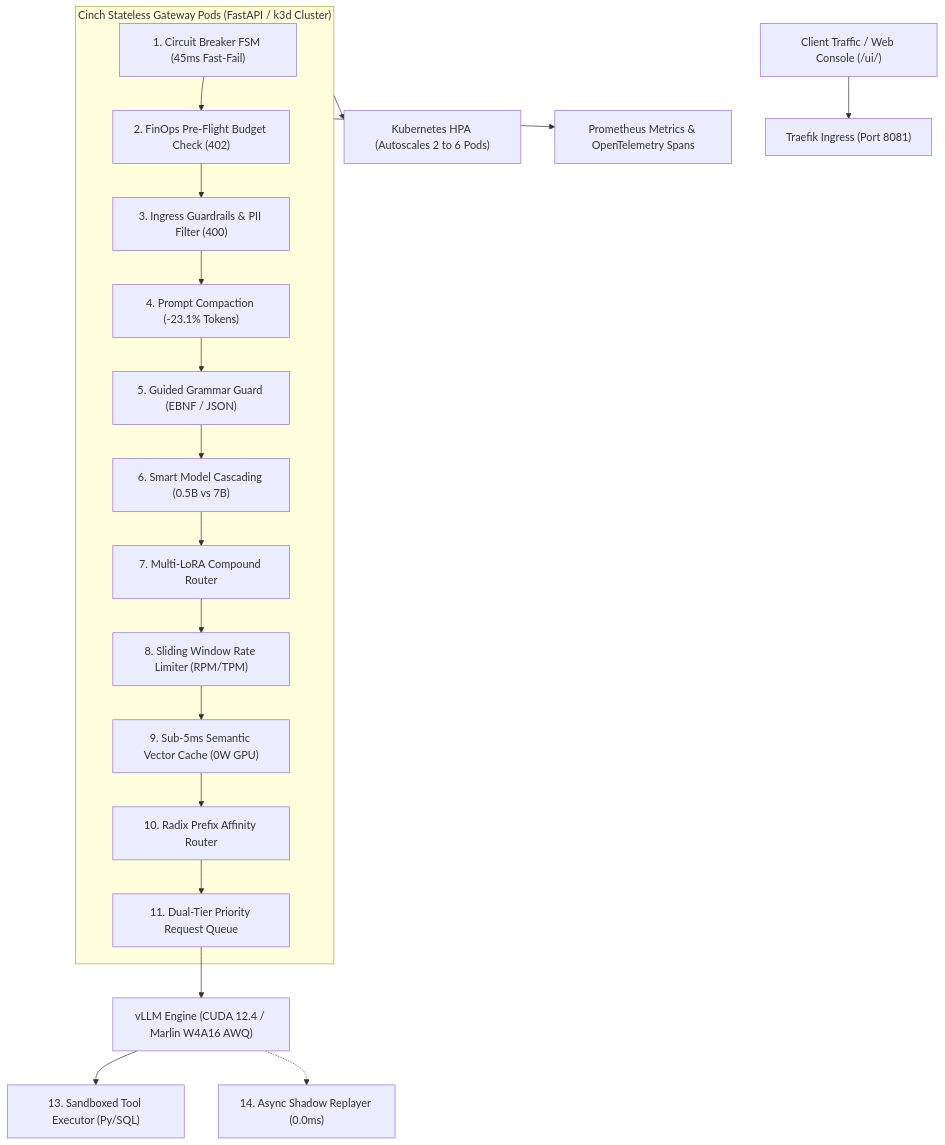
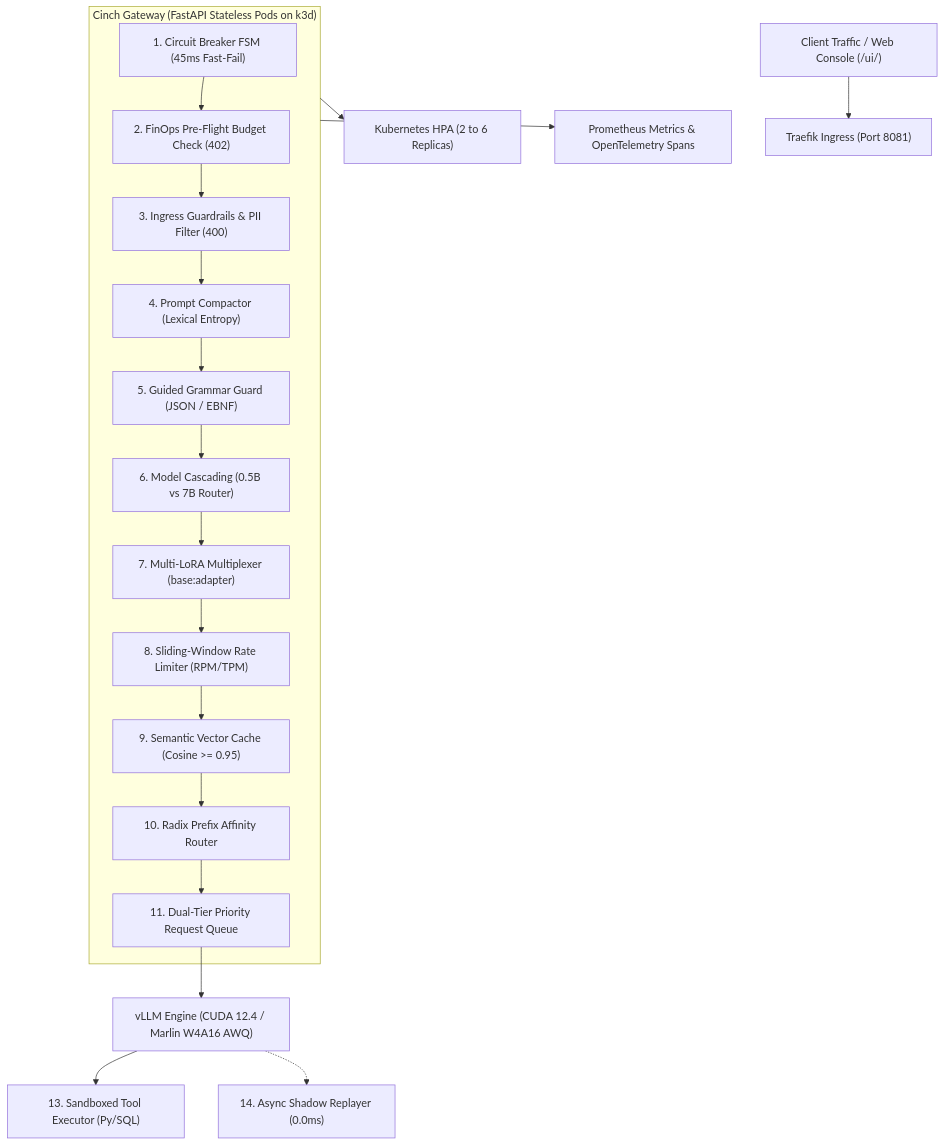
One commit to Rytnix786/Cinch changed the diagram in README.md. Above: the diagram before and after it, drawn with Mermaid. The commit also changed other lines of this file and 4 other files, not shown here.

````diff
--- a/README.md
+++ b/README.md
@@ -65,24 +66,24 @@
 ```mermaid
 flowchart TD
-    Client["Client Traffic / Web Console (/ui/)"] --> Traefik["Traefik Ingress (Port 8081)"]
+    Client["Client Traffic / Web Console (/ui/)"] --> Ingress["Traefik Ingress (Port 8081)"]
     
-    subgraph Gateway["Cinch Stateless Gateway Pods (FastAPI / k3d Cluster)"]
+    subgraph Gateway["Cinch Gateway (FastAPI Stateless Pods on k3d)"]
         CB["1. Circuit Breaker FSM (45ms Fast-Fail)"] --> FinOps["2. FinOps Pre-Flight Budget Check (402)"]
         FinOps --> Sec["3. Ingress Guardrails & PII Filter (400)"]
-        Sec --> Comp["4. Prompt Compaction (-23.1% Tokens)"]
-        Comp --> Gram["5. Guided Grammar Guard (EBNF / JSON)"]
-        Gram --> Casc["6. Smart Model Cascading (0.5B vs 7B)"]
-        Casc --> LoRA["7. Multi-LoRA Compound Router"]
-        LoRA --> Limiter["8. Sliding Window Rate Limiter (RPM/TPM)"]
-        Limiter --> SCache["9. Sub-5ms Semantic Vector Cache (0W GPU)"]
+        Sec --> Comp["4. Prompt Compactor (Lexical Entropy)"]
+        Comp --> Gram["5. Guided Grammar Guard (JSON / EBNF)"]
+        Gram --> Casc["6. Model Cascading (0.5B vs 7B Router)"]
+        Casc --> LoRA["7. Multi-LoRA Multiplexer (base:adapter)"]
+        LoRA --> Limiter["8. Sliding-Window Rate Limiter (RPM/TPM)"]
+        Limiter --> SCache["9. Semantic Vector Cache (Cosine >= 0.95)"]
         SCache --> PRouter["10. Radix Prefix Affinity Router"]
         PRouter --> PQueue["11. Dual-Tier Priority Request Queue"]
     end
     
     PQueue --> vLLM["vLLM Engine (CUDA 12.4 / Marlin W4A16 AWQ)"]
     vLLM --> Tools["13. Sandboxed Tool Executor (Py/SQL)"]
     vLLM -.-> Shadow["14. Async Shadow Replayer (0.0ms)"]
     
-    Gateway --> HPA["Kubernetes HPA (Autoscales 2 to 6 Pods)"]
+    Gateway --> HPA["Kubernetes HPA (2 to 6 Replicas)"]
     Gateway --> Telemetry["Prometheus Metrics & OpenTelemetry Spans"]
 ```
````
